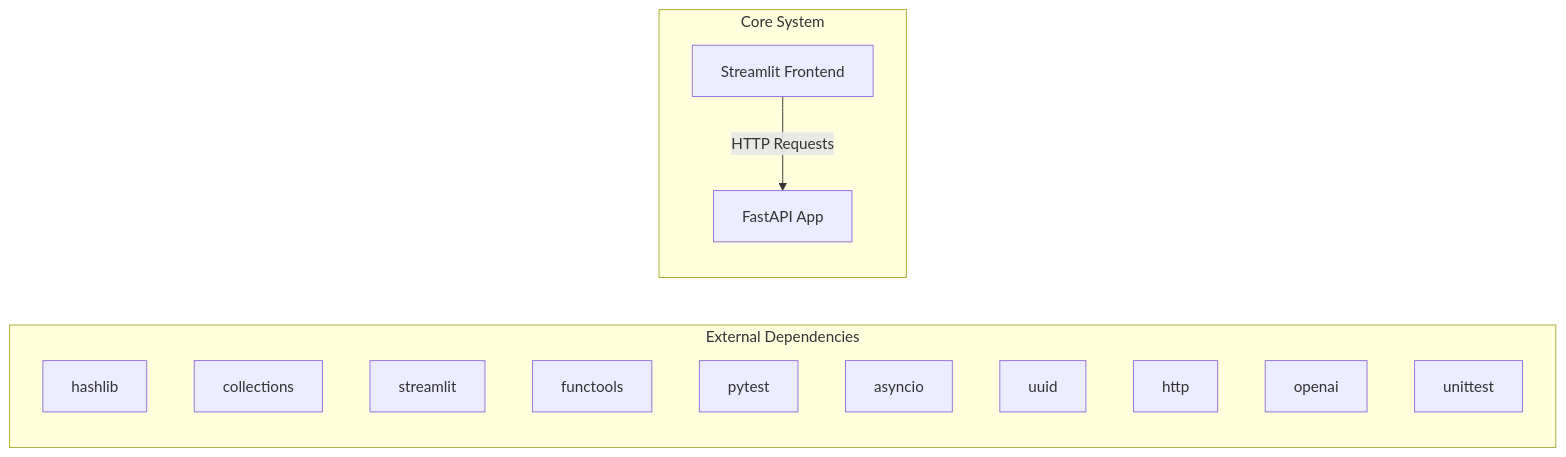
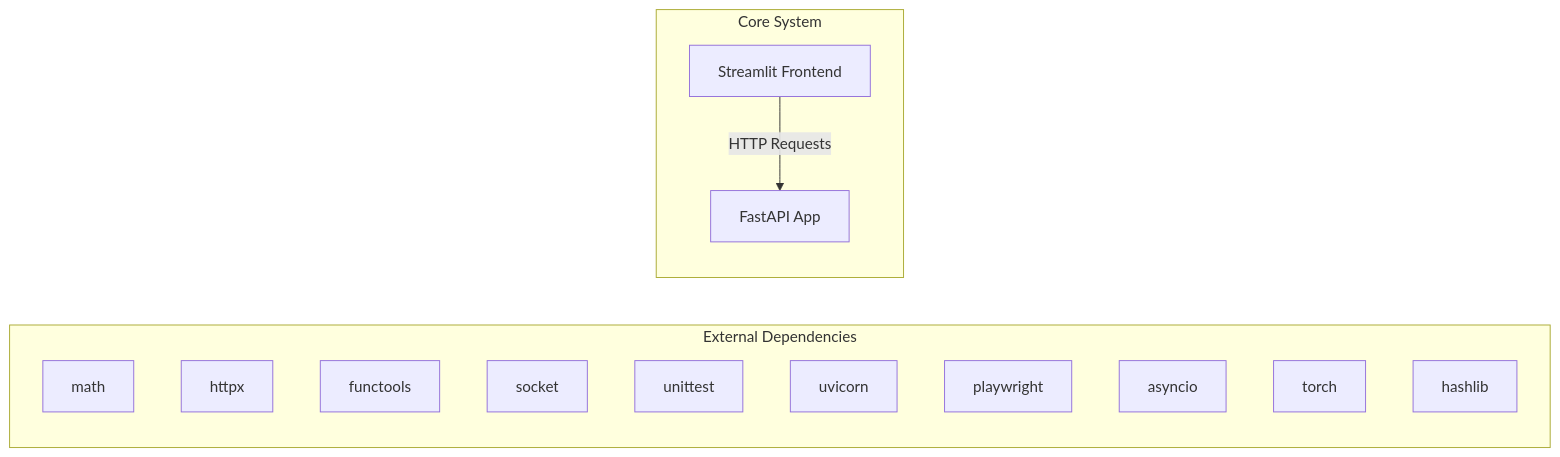
Before and after one commit to NITISH-R-G/rag-context-optimizer: the first of 2 diagrams in docs/architecture.md, drawn with Mermaid. The commit also changed 1 other file, not shown here.

Commit message:
docs: auto-update repository knowledge, architecture diagrams, and documentation

````diff
--- a/docs/architecture.md
+++ b/docs/architecture.md
@@ -7,20 +7,20 @@
 ```mermaid
 graph LR
     subgraph External Dependencies
-        E0["hashlib"]
-        E1["collections"]
-        E2["streamlit"]
-        E3["functools"]
-        E4["pytest"]
-        E5["asyncio"]
-        E6["uuid"]
-        E7["http"]
-        E8["openai"]
-        E9["unittest"]
+        E0["math"]
+        E1["httpx"]
+        E2["functools"]
+        E3["socket"]
+        E4["unittest"]
+        E5["uvicorn"]
+        E6["playwright"]
+        E7["asyncio"]
+        E8["torch"]
+        E9["hashlib"]
     end
     subgraph Core System
         API["FastAPI App"]
         UI["Streamlit Frontend"]
     end
     UI -->|HTTP Requests| API
 ```
````
